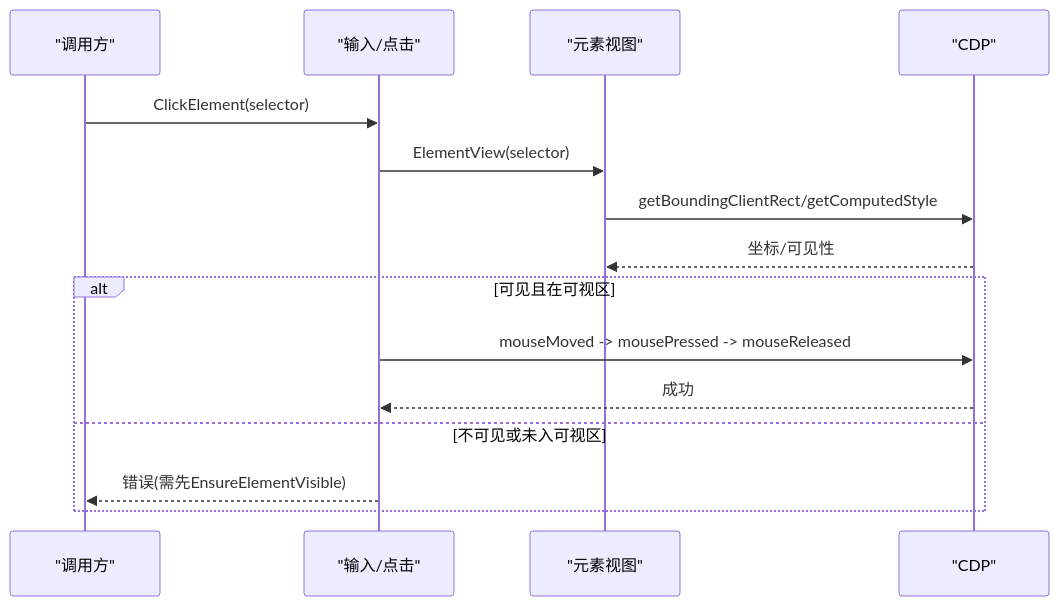
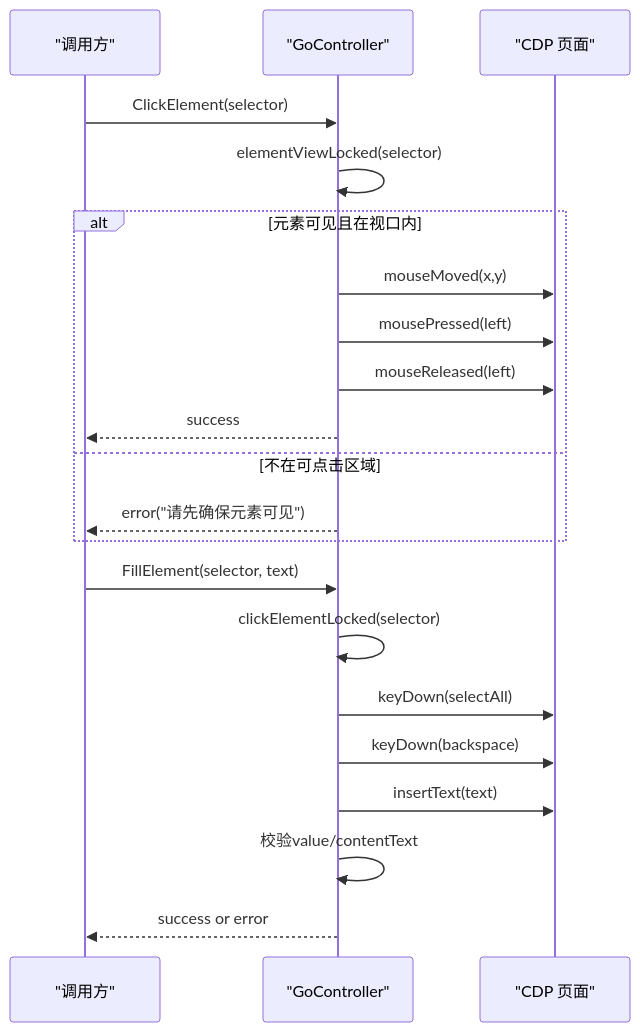
The fifth of 8 diagrams in .qoder/repowiki/zh/content/本地执行器/浏览器自动化/浏览器控制器/元素操作封装.md (alvinwangzi/goodhr), drawn with Mermaid before and after one commit. The commit also changed other lines of this file and 149 other files, not shown here.

````diff
--- a/.qoder/repowiki/zh/content/本地执行器/浏览器自动化/浏览器控制器/元素操作封装.md
+++ b/.qoder/repowiki/zh/content/本地执行器/浏览器自动化/浏览器控制器/元素操作封装.md
@@ -213,17 +214,23 @@
 ```mermaid
 sequenceDiagram
 participant Caller as "调用方"
-participant Input as "输入/点击"
-participant View as "元素视图"
-participant CDP as "CDP"
-Caller->>Input : ClickElement(selector)
-Input->>View : ElementView(selector)
-View->>CDP : getBoundingClientRect/getComputedStyle
-CDP-->>View : 坐标/可见性
-alt 可见且在可视区
-Input->>CDP : mouseMoved -> mousePressed -> mouseReleased
-CDP-->>Input : 成功
-else 不可见或未入可视区
-Input-->>Caller : 错误(需先EnsureElementVisible)
+participant Ctrl as "GoController"
+participant Page as "CDP 页面"
+Caller->>Ctrl : ClickElement(selector)
+Ctrl->>Ctrl : elementViewLocked(selector)
+alt 元素可见且在视口内
+Ctrl->>Page : mouseMoved(x,y)
+Ctrl->>Page : mousePressed(left)
+Ctrl->>Page : mouseReleased(left)
+Ctrl-->>Caller : success
+else 不在可点击区域
+Ctrl-->>Caller : error("请先确保元素可见")
 end
+Caller->>Ctrl : FillElement(selector, text)
+Ctrl->>Ctrl : clickElementLocked(selector)
+Ctrl->>Page : keyDown(selectAll)
+Ctrl->>Page : keyDown(backspace)
+Ctrl->>Page : insertText(text)
+Ctrl->>Ctrl : 校验value/contentText
+Ctrl-->>Caller : success or error
 ```
````
